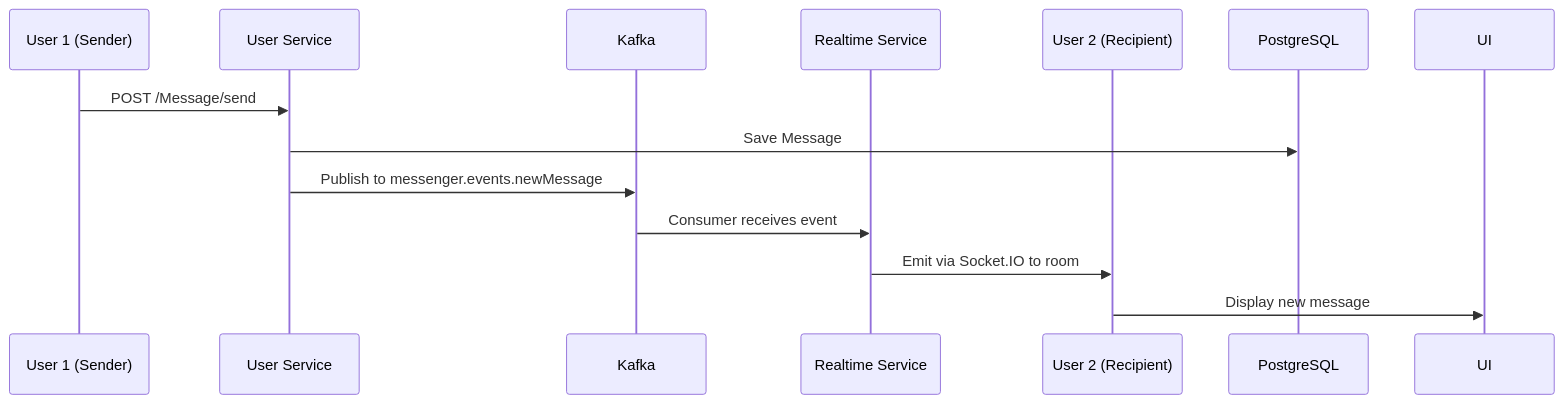
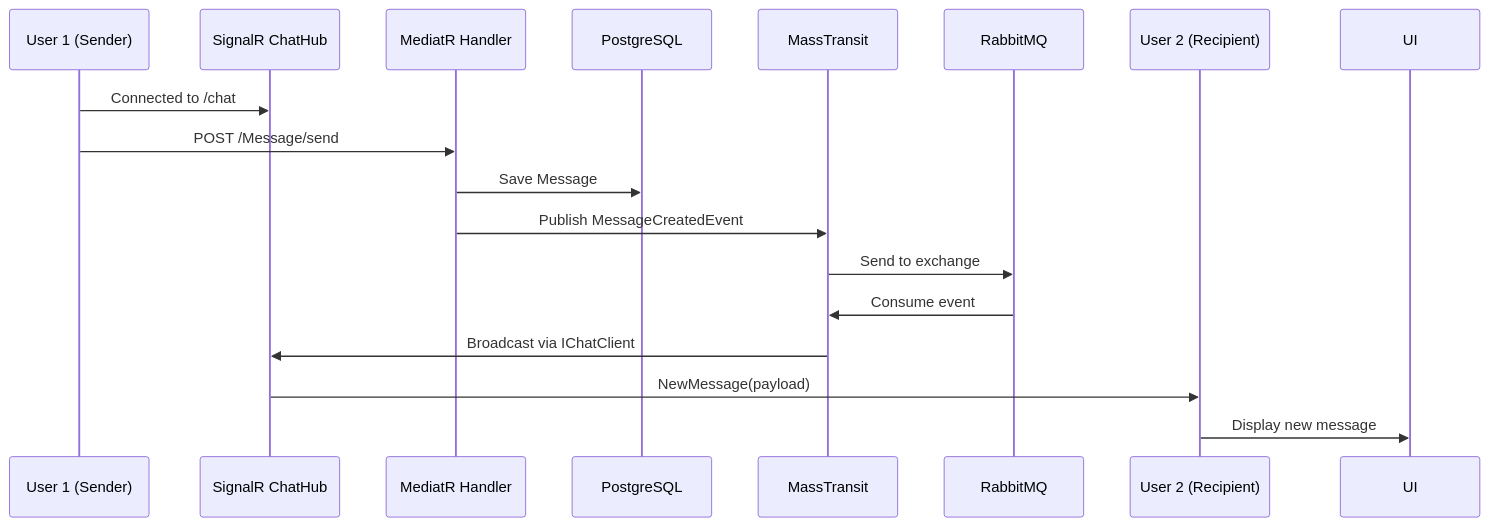
The second of 2 diagrams in README.md (Vladdjuga/quix-messenger), drawn with Mermaid before and after one commit. The commit also changed other lines of this file and 1 other file, not shown here.

Commit message:
refactor: update README to reflect architecture changes and remove outdated presence tracking details

````diff
--- a/README.md
+++ b/README.md
@@ -130,15 +129,20 @@
 ```mermaid
 sequenceDiagram
     participant U1 as User 1 (Sender)
-    participant US as User Service
-    participant K as Kafka
-    participant RT as Realtime Service
+    participant Hub as SignalR ChatHub
+    participant MediatR as MediatR Handler
+    participant DB as PostgreSQL
+    participant MT as MassTransit
+    participant RMQ as RabbitMQ
     participant U2 as User 2 (Recipient)
     
-    U1->>US: POST /Message/send
-    US->>PostgreSQL: Save Message
-    US->>K: Publish to messenger.events.newMessage
-    K->>RT: Consumer receives event
-    RT->>U2: Emit via Socket.IO to room
+    U1->>Hub: Connected to /chat
+    U1->>MediatR: POST /Message/send
+    MediatR->>DB: Save Message
+    MediatR->>MT: Publish MessageCreatedEvent
+    MT->>RMQ: Send to exchange
+    RMQ->>MT: Consume event
+    MT->>Hub: Broadcast via IChatClient
+    Hub->>U2: NewMessage(payload)
     U2->>UI: Display new message
 ```
````
